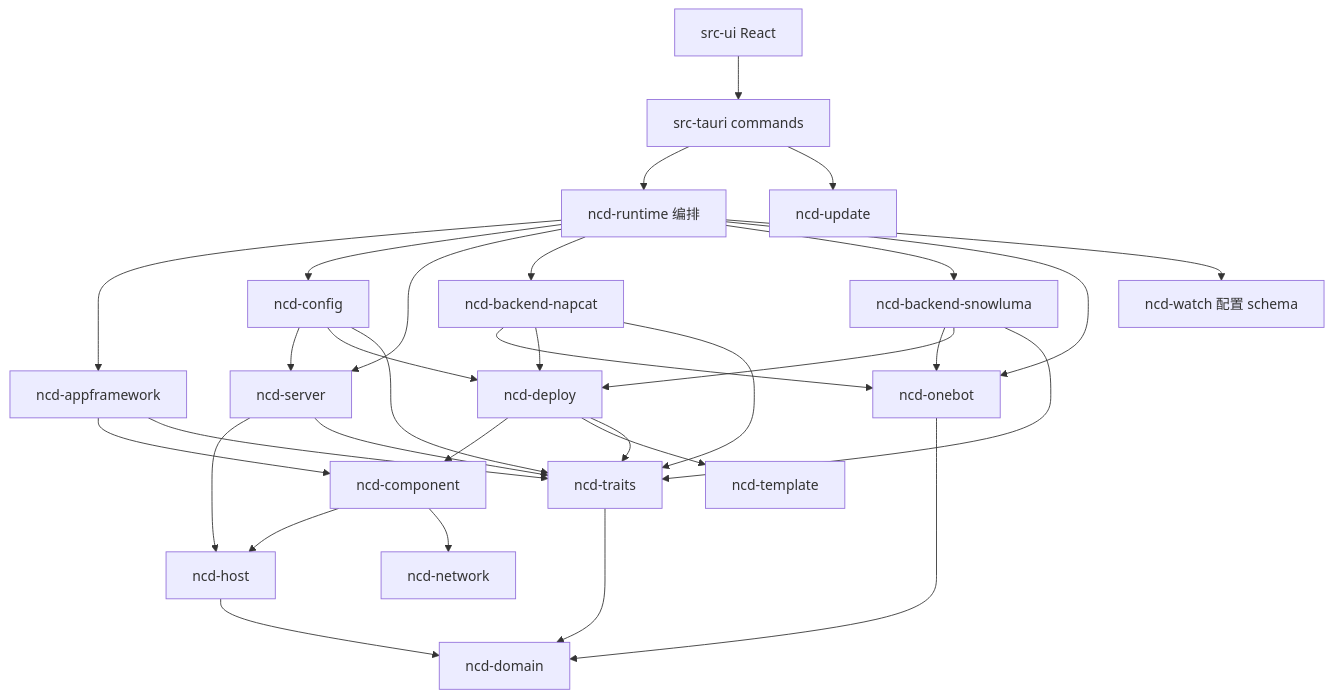
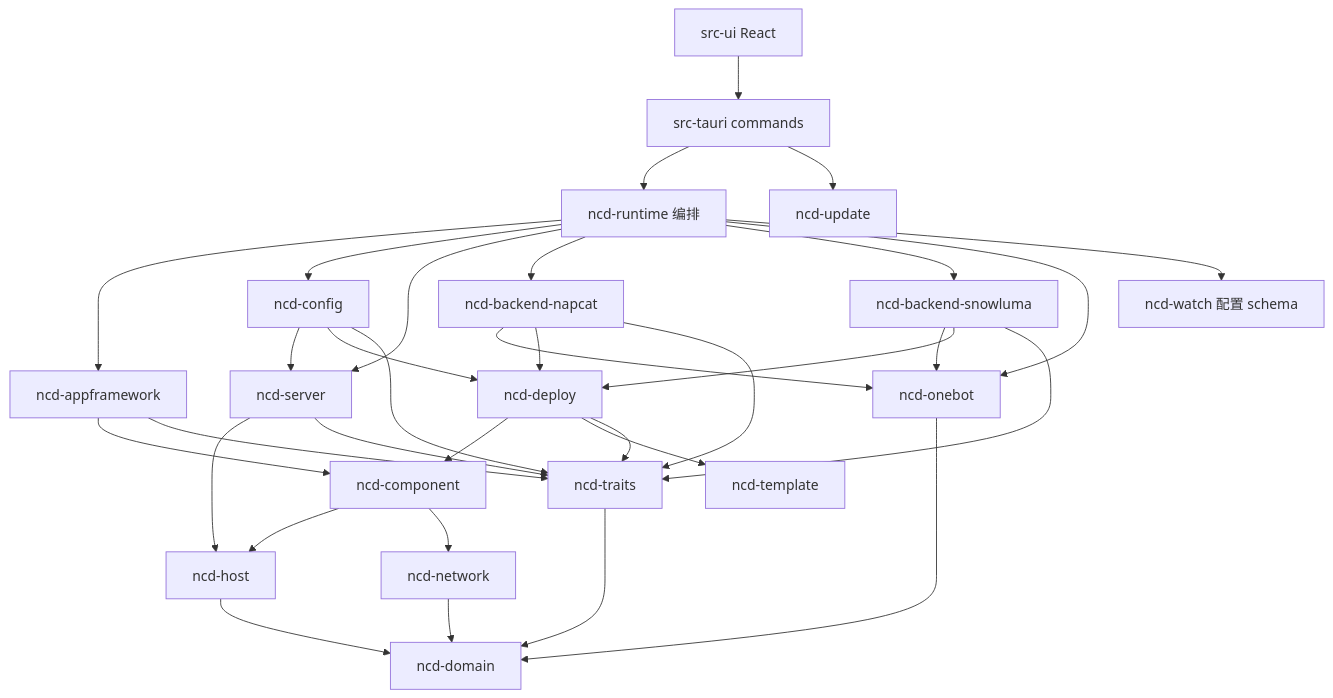
Before and after one commit to NapNeko/NapCatQQ-Desktop: the diagram in docs/context/codemap.md, drawn with Mermaid. The commit also changed other lines of this file and 3 other files, not shown here.

````diff
--- a/docs/context/codemap.md
+++ b/docs/context/codemap.md
@@ -14,34 +14,35 @@
 ```mermaid
 flowchart TB
   UI[src-ui React] --> IPC[src-tauri commands]
   IPC --> RT[ncd-runtime 编排]
   IPC --> UPD[ncd-update]
   RT --> AF[ncd-appframework]
   RT --> CFG[ncd-config]
   RT --> SRV[ncd-server]
   RT --> BN[ncd-backend-napcat]
   RT --> BS[ncd-backend-snowluma]
   RT --> OB[ncd-onebot]
   BN --> OB
   BS --> OB
   OB --> DOM
   RT --> WATCH[ncd-watch 配置 schema]
   CFG --> SRV
   CFG --> DEP[ncd-deploy]
   BN --> DEP
   BS --> DEP
   AF --> COMP[ncd-component]
   DEP --> COMP
   DEP --> TPL[ncd-template]
   COMP --> HOST[ncd-host]
   COMP --> NET[ncd-network]
   SRV --> HOST
   AF --> TR[ncd-traits]
   SRV --> TR
   CFG --> TR
   BN --> TR
   BS --> TR
   DEP --> TR
   TR --> DOM[ncd-domain]
   HOST --> DOM
+  NET --> DOM
 ```
````
